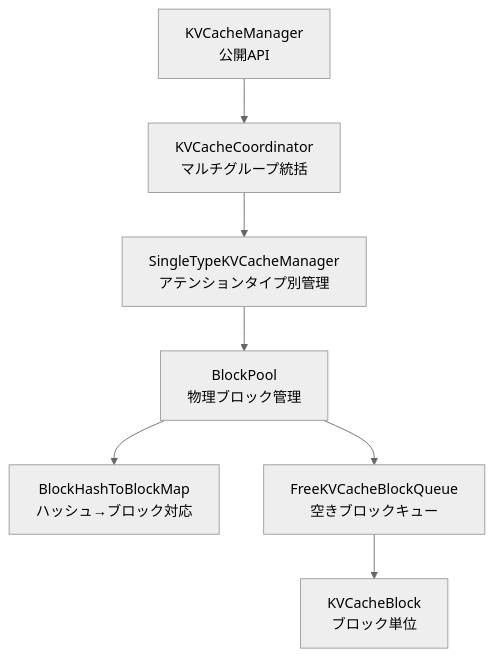
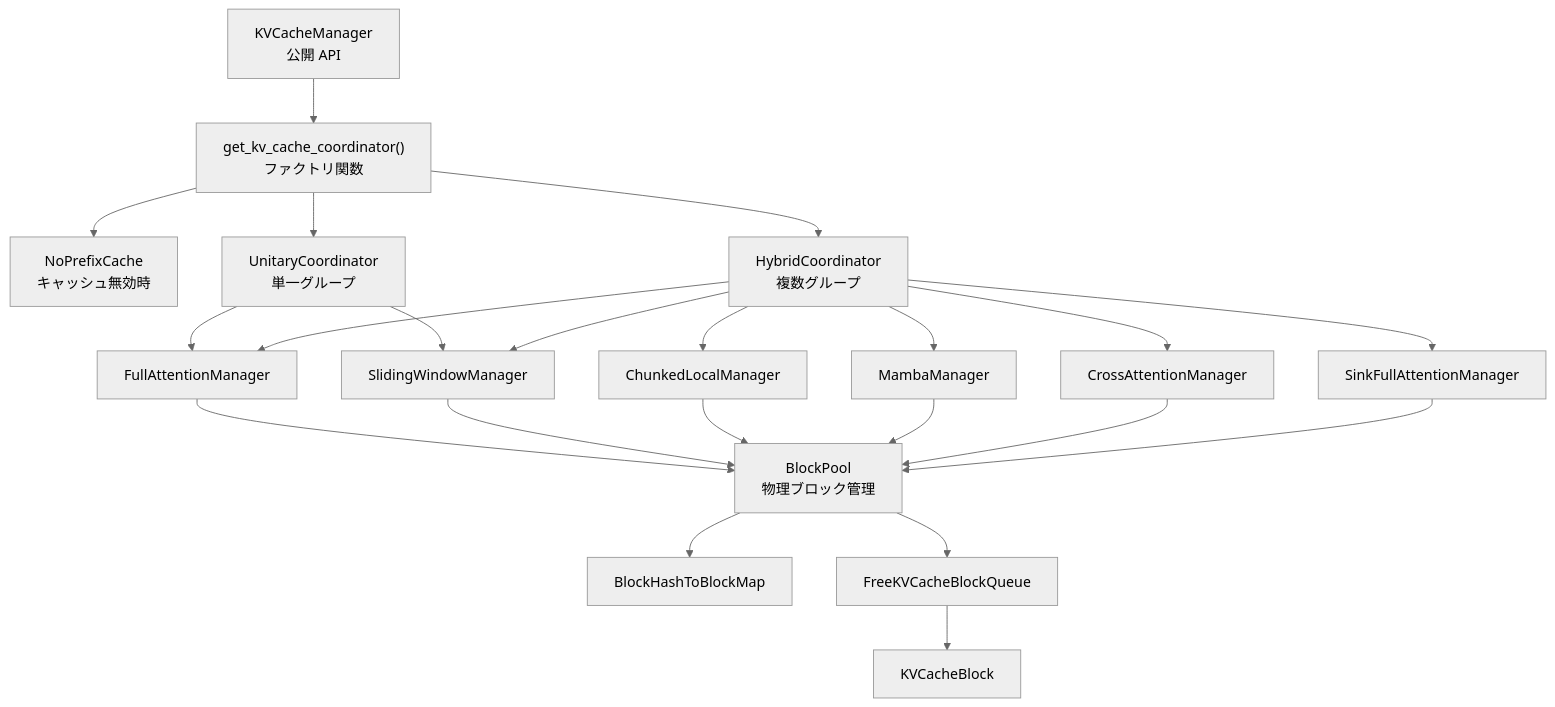
One commit to range3/coderead-vllm changed the diagram in docs/src/components/kv-cache-manager/summary.md. Above: the diagram before and after it, drawn with Mermaid (neutral theme). The commit also changed other lines of this file and 10 other files, not shown here.

Commit message:
feat: phase 2 KVCacheManager

````diff
--- a/docs/src/components/kv-cache-manager/summary.md
+++ b/docs/src/components/kv-cache-manager/summary.md
@@ -15,17 +15,46 @@
 ```mermaid
 graph TD
-    KVM["KVCacheManager<br>公開API"]
-    Coord["KVCacheCoordinator<br>マルチグループ統括"]
-    STM["SingleTypeKVCacheManager<br>アテンションタイプ別管理"]
+    KVM["KVCacheManager<br>公開 API"]
+    Factory["get_kv_cache_coordinator()<br>ファクトリ関数"]
+
+    NPC["NoPrefixCache<br>キャッシュ無効時"]
+    UC["UnitaryCoordinator<br>単一グループ"]
+    HC["HybridCoordinator<br>複数グループ"]
+
+    FAM["FullAttentionManager"]
+    SWM["SlidingWindowManager"]
+    CLM["ChunkedLocalManager"]
+    MM["MambaManager"]
+    CAM["CrossAttentionManager"]
+    SFM["SinkFullAttentionManager"]
+
     BP["BlockPool<br>物理ブロック管理"]
-    BH["BlockHashToBlockMap<br>ハッシュ→ブロック対応"]
-    FQ["FreeKVCacheBlockQueue<br>空きブロックキュー"]
-    KB["KVCacheBlock<br>ブロック単位"]
+    BH["BlockHashToBlockMap"]
+    FQ["FreeKVCacheBlockQueue"]
+    KB["KVCacheBlock"]
 
-    KVM --> Coord
-    Coord --> STM
-    STM --> BP
+    KVM --> Factory
+    Factory --> NPC
+    Factory --> UC
+    Factory --> HC
+
+    UC --> FAM
+    UC --> SWM
+    HC --> FAM
+    HC --> SWM
+    HC --> CLM
+    HC --> MM
+    HC --> CAM
+    HC --> SFM
+
+    FAM --> BP
+    SWM --> BP
+    CLM --> BP
+    MM --> BP
+    CAM --> BP
+    SFM --> BP
+
     BP --> BH
     BP --> FQ
     FQ --> KB
 ```
````
